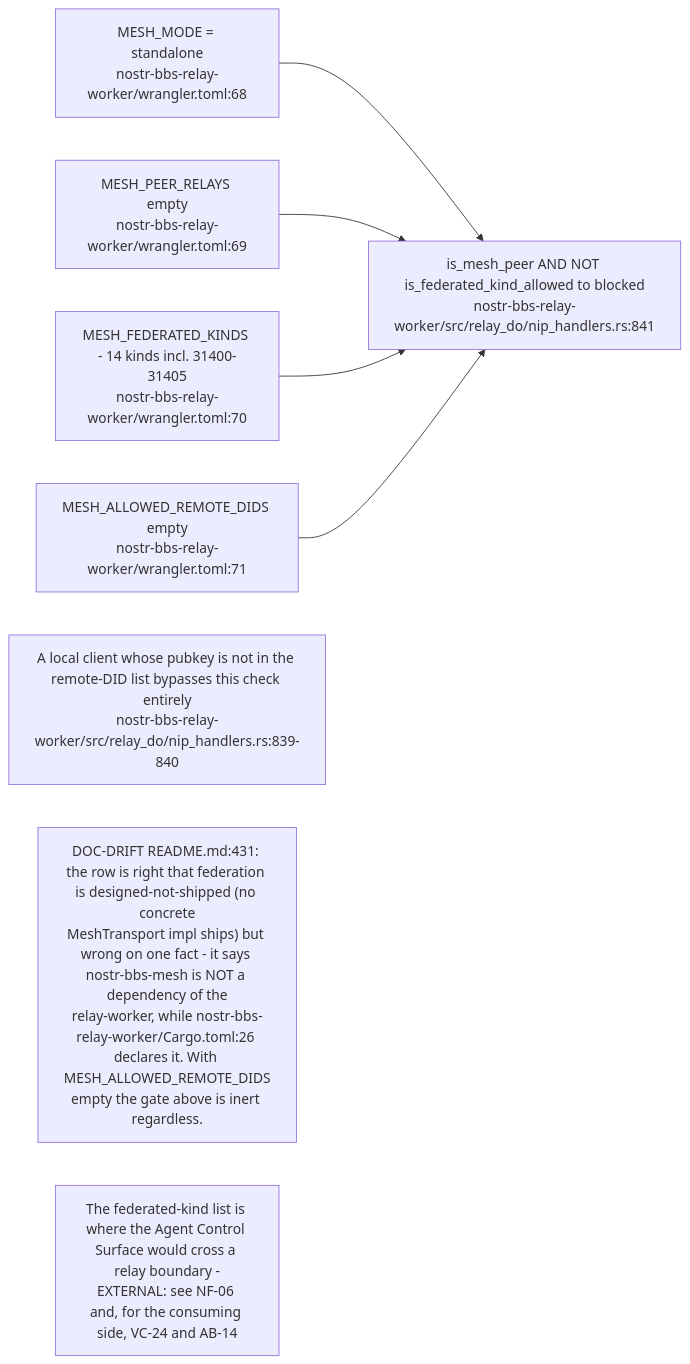
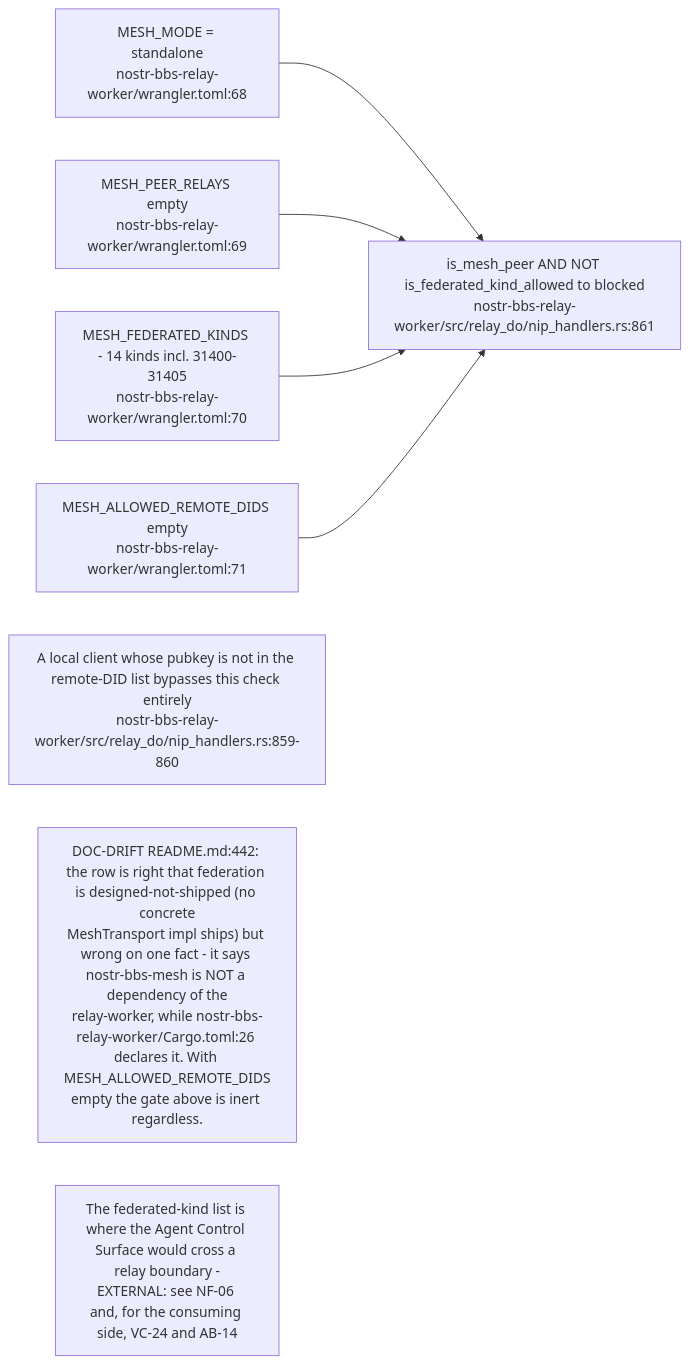
Diagram 13 of 14 in docs/diagrams/nostr-rust-forum/03-relay-worker-admission-auth-and-trust.md (DreamLab-AI/VisionFlow), drawn with Mermaid before and after one commit. The commit also changed other lines of this file and 136 other files, not shown here.

First line of the commit message:
docs(diagrams): refresh the whole corpus to code HEAD and prune low-value diagrams

````diff
--- a/docs/diagrams/nostr-rust-forum/03-relay-worker-admission-auth-and-trust.md
+++ b/docs/diagrams/nostr-rust-forum/03-relay-worker-admission-auth-and-trust.md
@@ -341,14 +347,14 @@
 ```mermaid
 flowchart LR
     MODE["MESH_MODE = standalone<br/>nostr-bbs-relay-worker/wrangler.toml:68"]
     PEERS["MESH_PEER_RELAYS empty<br/>nostr-bbs-relay-worker/wrangler.toml:69"]
     KINDS["MESH_FEDERATED_KINDS - 14 kinds incl. 31400-31405<br/>nostr-bbs-relay-worker/wrangler.toml:70"]
     DIDS["MESH_ALLOWED_REMOTE_DIDS empty<br/>nostr-bbs-relay-worker/wrangler.toml:71"]
-    GATE["is_mesh_peer AND NOT is_federated_kind_allowed to blocked<br/>nostr-bbs-relay-worker/src/relay_do/nip_handlers.rs:841"]
+    GATE["is_mesh_peer AND NOT is_federated_kind_allowed to blocked<br/>nostr-bbs-relay-worker/src/relay_do/nip_handlers.rs:861"]
 
     MODE & PEERS & KINDS & DIDS --> GATE
 
-    N1["A local client whose pubkey is not in the remote-DID list bypasses this check entirely<br/>nostr-bbs-relay-worker/src/relay_do/nip_handlers.rs:839-840"]
-    N2["DOC-DRIFT README.md:431: the row is right that federation is designed-not-shipped (no concrete<br/>MeshTransport impl ships) but wrong on one fact - it says nostr-bbs-mesh is NOT a dependency of the<br/>relay-worker, while nostr-bbs-relay-worker/Cargo.toml:26 declares it. With MESH_ALLOWED_REMOTE_DIDS<br/>empty the gate above is inert regardless."]
+    N1["A local client whose pubkey is not in the remote-DID list bypasses this check entirely<br/>nostr-bbs-relay-worker/src/relay_do/nip_handlers.rs:859-860"]
+    N2["DOC-DRIFT README.md:442: the row is right that federation is designed-not-shipped (no concrete<br/>MeshTransport impl ships) but wrong on one fact - it says nostr-bbs-mesh is NOT a dependency of the<br/>relay-worker, while nostr-bbs-relay-worker/Cargo.toml:26 declares it. With MESH_ALLOWED_REMOTE_DIDS<br/>empty the gate above is inert regardless."]
     N3["The federated-kind list is where the Agent Control Surface would cross a relay boundary -<br/>EXTERNAL: see NF-06 and, for the consuming side, VC-24 and AB-14"]
 ```
````
